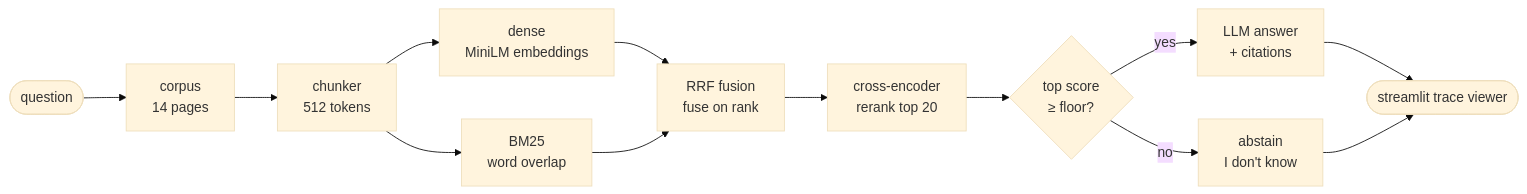
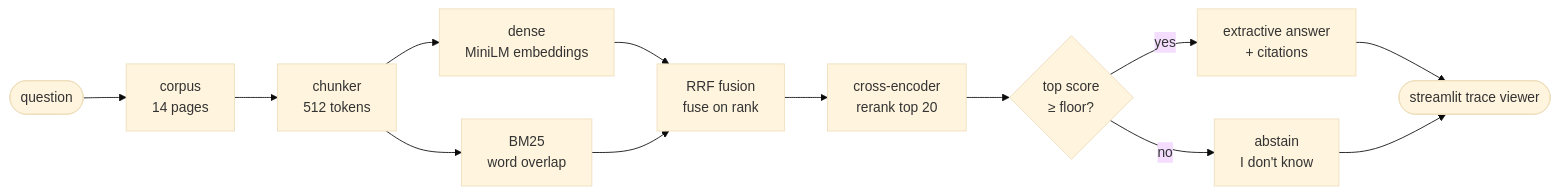
One commit to angh-ching/eval-driven-rag changed the diagram in README.md. Above: the diagram before and after it, drawn with Mermaid (base theme). The commit also changed other lines of this file and 7 other files, not shown here.

````diff
--- a/README.md
+++ b/README.md
@@ -38,15 +42,15 @@
 ```mermaid
 flowchart LR
     Q([question]) --> C[corpus<br/>14 pages]
     C --> K[chunker<br/>512 tokens]
     K --> D[dense<br/>MiniLM embeddings]
     K --> B[BM25<br/>word overlap]
     D --> R[RRF fusion<br/>fuse on rank]
     B --> R
     R --> X[cross-encoder<br/>rerank top 20]
     X --> F{top score<br/>≥ floor?}
     F -->|no| N["abstain<br/>I don't know"]
-    F -->|yes| L[LLM answer<br/>+ citations]
+    F -->|yes| L[extractive answer<br/>+ citations]
     L --> V([streamlit trace viewer])
     N --> V
 ```
````
